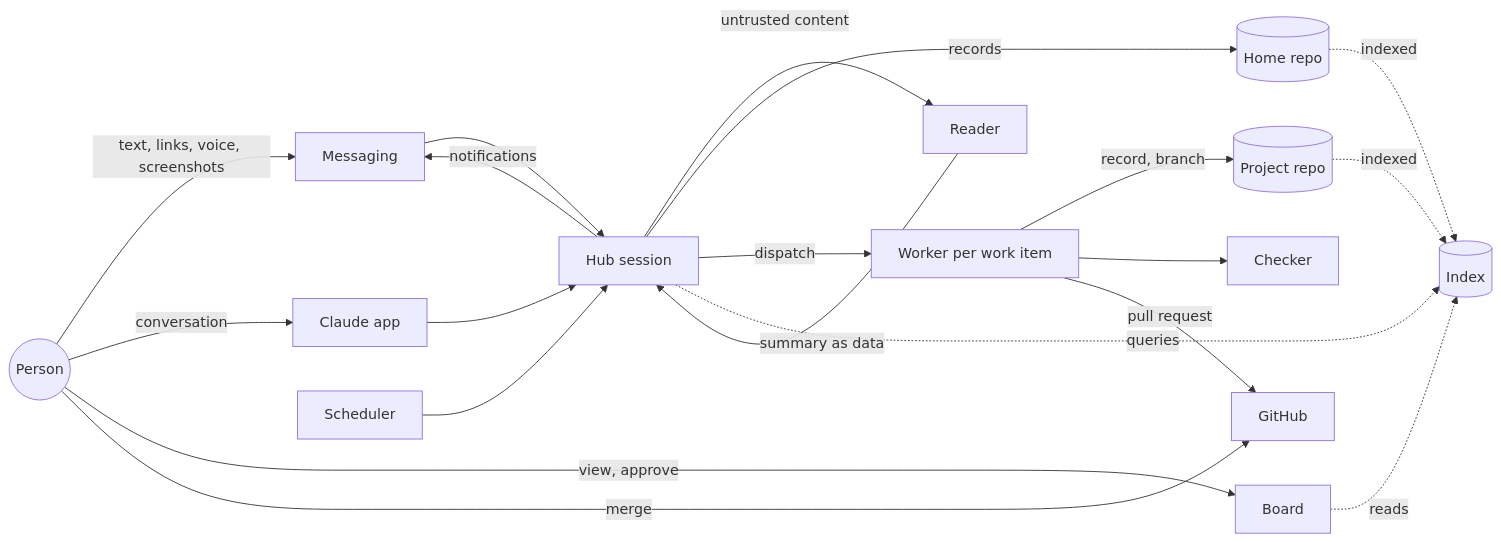
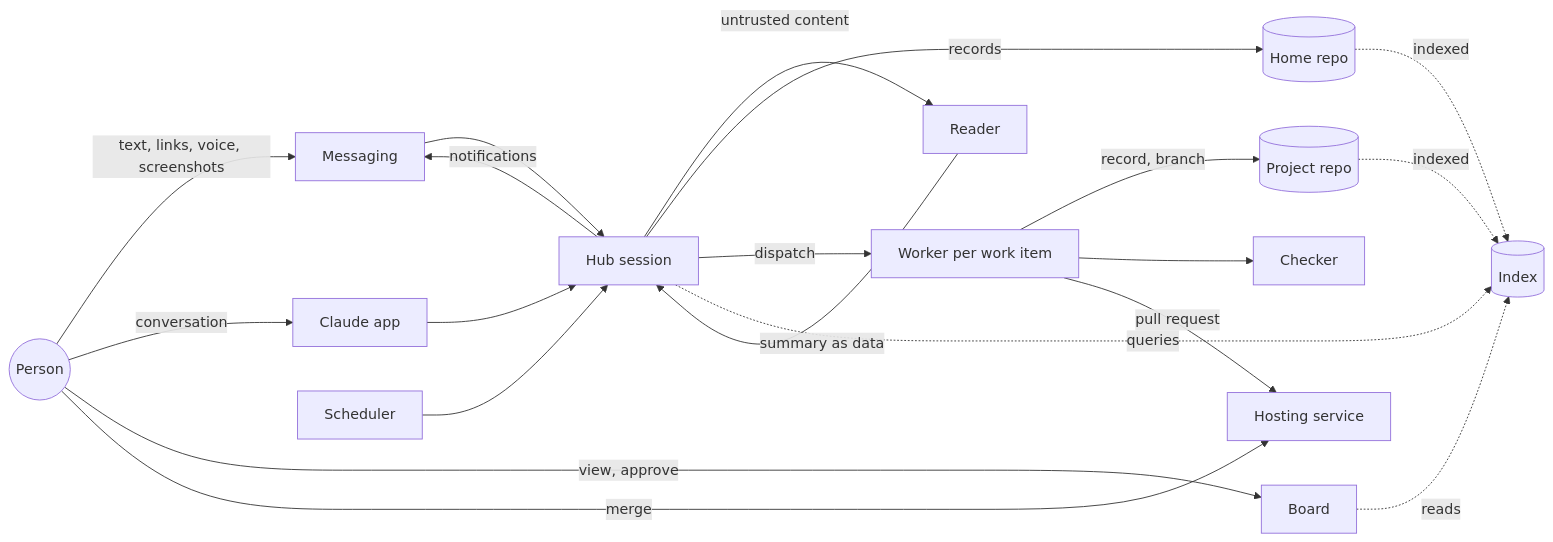
Before and after one commit to twoends/honsha: the diagram in docs/01-specs/ARCHITECTURE.md, drawn with Mermaid. The commit also changed other lines of this file and 1 other file, not shown here.

First line of the commit message:
Word the architecture for any hosting service

````diff
--- a/docs/01-specs/ARCHITECTURE.md
+++ b/docs/01-specs/ARCHITECTURE.md
@@ -41,22 +46,22 @@
 ```mermaid
 flowchart LR
   P((Person)) -- text, links, voice, screenshots --> M[Messaging]
   P -- conversation --> A[Claude app]
   P -- view, approve --> B[Board]
   M --> H[Hub session]
   A --> H
   H -- untrusted content --> R[Reader]
   R -- summary as data --> H
   H -- records --> HOME[(Home repo)]
   H -- dispatch --> W[Worker per work item]
   W -- record, branch --> PRJ[(Project repo)]
   W --> C[Checker]
-  W -- pull request --> GH[GitHub]
+  W -- pull request --> GH[Hosting service]
   P -- merge --> GH
   S[Scheduler] --> H
   HOME -. indexed .-> X[(Index)]
   PRJ -. indexed .-> X
   B -. reads .-> X
   H -. queries .-> X
   H -- notifications --> M
 ```
````
